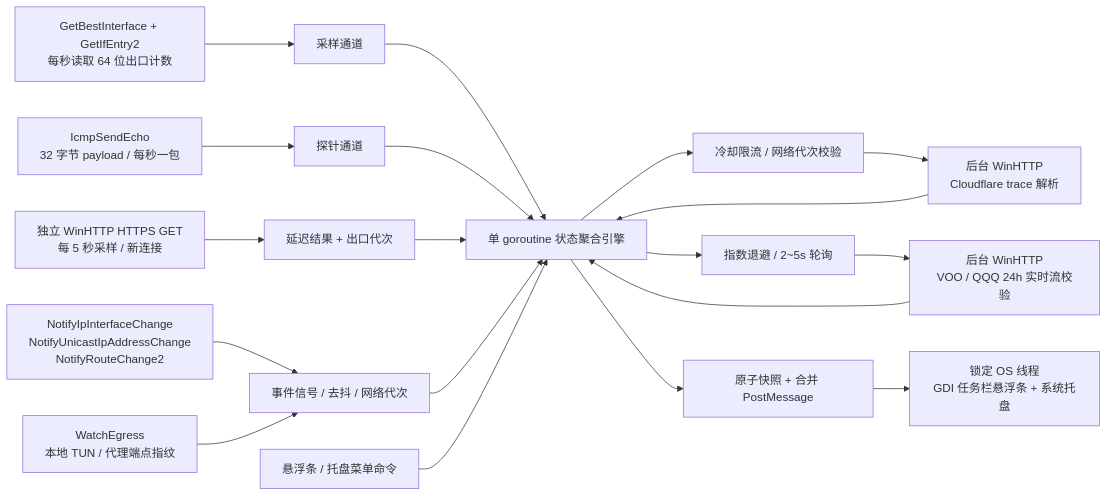
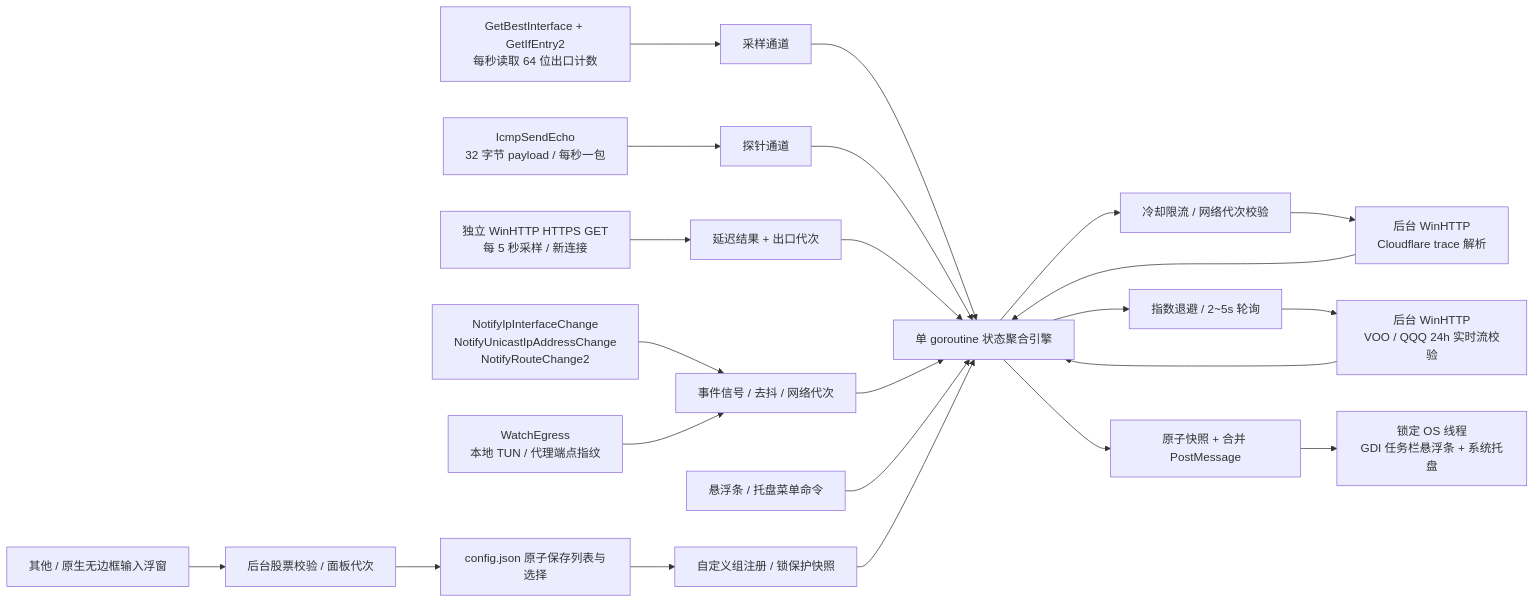
Before and after one commit to hrthas-king/PulseBar: the diagram in docs/ARCHITECTURE.md, drawn with Mermaid. The commit also changed other lines of this file and 23 other files, not shown here.

````diff
--- a/docs/ARCHITECTURE.md
+++ b/docs/ARCHITECTURE.md
@@ -3,21 +3,25 @@
 ```mermaid
 flowchart LR
     NIC["GetBestInterface + GetIfEntry2\n每秒读取 64 位出口计数"] --> Samples["采样通道"]
     ICMP["IcmpSendEcho\n32 字节 payload / 每秒一包"] --> Probes["探针通道"]
     HTTPS["独立 WinHTTP HTTPS GET\n每 5 秒采样 / 新连接"] --> Latency["延迟结果 + 出口代次"]
     Events["NotifyIpInterfaceChange\nNotifyUnicastIpAddressChange\nNotifyRouteChange2"] --> Debounce["事件信号 / 去抖 / 网络代次"]
     Egress["WatchEgress\n本地 TUN / 代理端点指纹"] --> Debounce
     Samples --> Engine["单 goroutine 状态聚合引擎"]
     Probes --> Engine
     Latency --> Engine
     Debounce --> Engine
     Menu["悬浮条 / 托盘菜单命令"] --> Engine
+    Custom["其他 / 原生无边框输入浮窗"] --> Validate["后台股票校验 / 面板代次"]
+    Validate --> Saved["config.json 原子保存列表与选择"]
+    Saved --> Registry["自定义组注册 / 锁保护快照"]
+    Registry --> Engine
     Engine --> GeoGate["冷却限流 / 网络代次校验"]
     GeoGate --> Geo["后台 WinHTTP\nCloudflare trace 解析"]
     Geo --> Engine
     Engine --> QuoteGate["指数退避 / 2~5s 轮询"]
     QuoteGate --> Quotes["后台 WinHTTP\nVOO / QQQ 24h 实时流校验"]
     Quotes --> Engine
     Engine --> Mailbox["原子快照 + 合并 PostMessage"]
     Mailbox --> UI["锁定 OS 线程\nGDI 任务栏悬浮条 + 系统托盘"]
 ```
````
